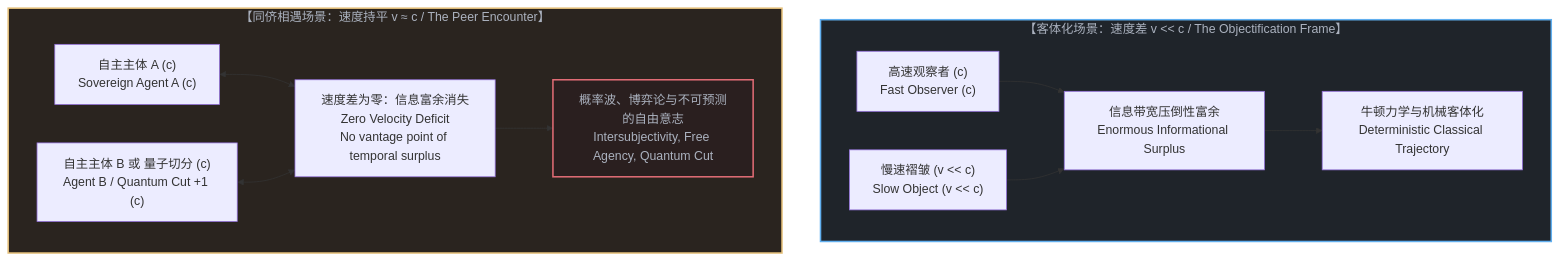
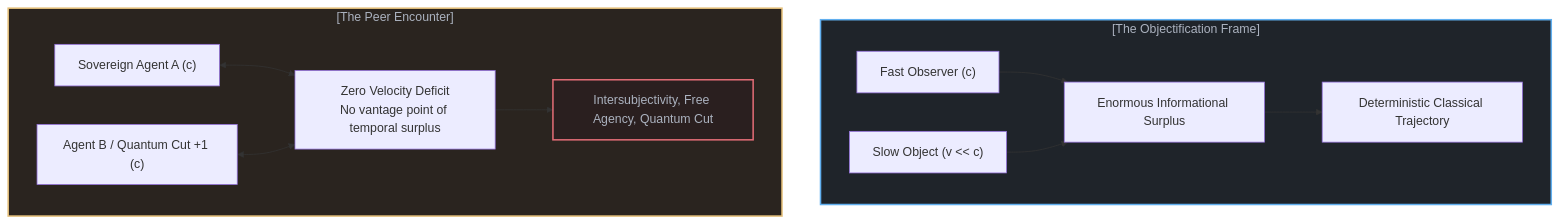
The eighth of 10 diagrams in content/posts/the-velocity-of-visibility.md (powerpig99/not-a-toe), drawn with Mermaid before and after one commit. The commit also changed other lines of this file and 7 other files, not shown here.

````diff
--- a/content/posts/the-velocity-of-visibility.md
+++ b/content/posts/the-velocity-of-visibility.md
@@ -189,26 +300,26 @@
 ```mermaid
 graph TD
-    subgraph ObjectificationScenario["【客体化场景：速度差 v << c / The Objectification Frame】"]
-        ObserverFast["高速观察者 (c)<br>Fast Observer (c)"]
-        ObjectSlow["慢速褶皱 (v << c)<br>Slow Object (v << c)"]
-        Surplus["信息带宽压倒性富余<br>Enormous Informational Surplus"]
-        Mechanics["牛顿力学与机械客体化<br>Deterministic Classical Trajectory"]
+    subgraph ObjectificationScenario["[The Objectification Frame]"]
+        ObserverFast["Fast Observer (c)"]
+        ObjectSlow["Slow Object (v << c)"]
+        Surplus["Enormous Informational Surplus"]
+        Mechanics["Deterministic Classical Trajectory"]
         ObserverFast --> Surplus
         ObjectSlow --> Surplus
         Surplus --> Mechanics
     end
 
-    subgraph SovereignPeerScenario["【同侪相遇场景：速度持平 v ≈ c / The Peer Encounter】"]
-        AgentA["自主主体 A (c)<br>Sovereign Agent A (c)"]
-        AgentB["自主主体 B 或 量子切分 (c)<br>Agent B / Quantum Cut +1 (c)"]
-        ZeroDeficit["速度差为零：信息富余消失<br>Zero Velocity Deficit<br>No vantage point of temporal surplus"]
-        Indeterminacy["概率波、博弈论与不可预测的自由意志<br>Intersubjectivity, Free Agency, Quantum Cut"]
+    subgraph SovereignPeerScenario["[The Peer Encounter]"]
+        AgentA["Sovereign Agent A (c)"]
+        AgentB["Agent B / Quantum Cut +1 (c)"]
+        ZeroDeficit["Zero Velocity Deficit<br>No vantage point of temporal surplus"]
+        Indeterminacy["Intersubjectivity, Free Agency, Quantum Cut"]
         AgentA <--> ZeroDeficit
         AgentB <--> ZeroDeficit
         ZeroDeficit --> Indeterminacy
     end
 
     style ObjectificationScenario fill:#1f242a,stroke:#61afef,stroke-width:2px,color:#abb2bf
     style SovereignPeerScenario fill:#2a241f,stroke:#e5c07b,stroke-width:2px,color:#abb2bf
     style Indeterminacy fill:#2a1f1f,stroke:#e06c75,stroke-width:2px,color:#abb2bf
 ```
````
